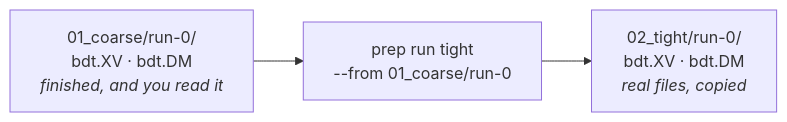
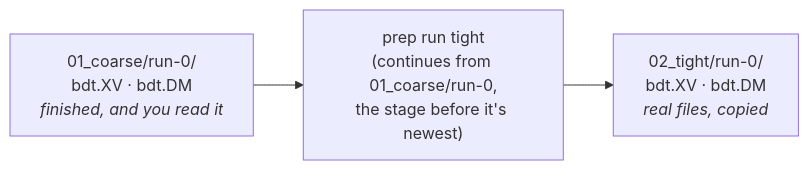
The sixth of 10 diagrams in docs/execution/job-system.md (Qing-LAB/molbuilder), drawn with Mermaid before and after one commit. The commit also changed other lines of this file and 21 other files, not shown here.

````diff
--- a/docs/execution/job-system.md
+++ b/docs/execution/job-system.md
@@ -780,7 +792,7 @@
 ```mermaid
 flowchart LR
     A["01_coarse/run-0/<br/>bdt.XV · bdt.DM<br/><i>finished, and you read it</i>"]
-    P["prep run tight<br/>--from 01_coarse/run-0"]
+    P["prep run tight<br/>(continues from 01_coarse/run-0,<br/>the stage before it's newest)"]
     B["02_tight/run-0/<br/>bdt.XV · bdt.DM<br/><i>real files, copied</i>"]
     A --> P --> B
 ```
````
